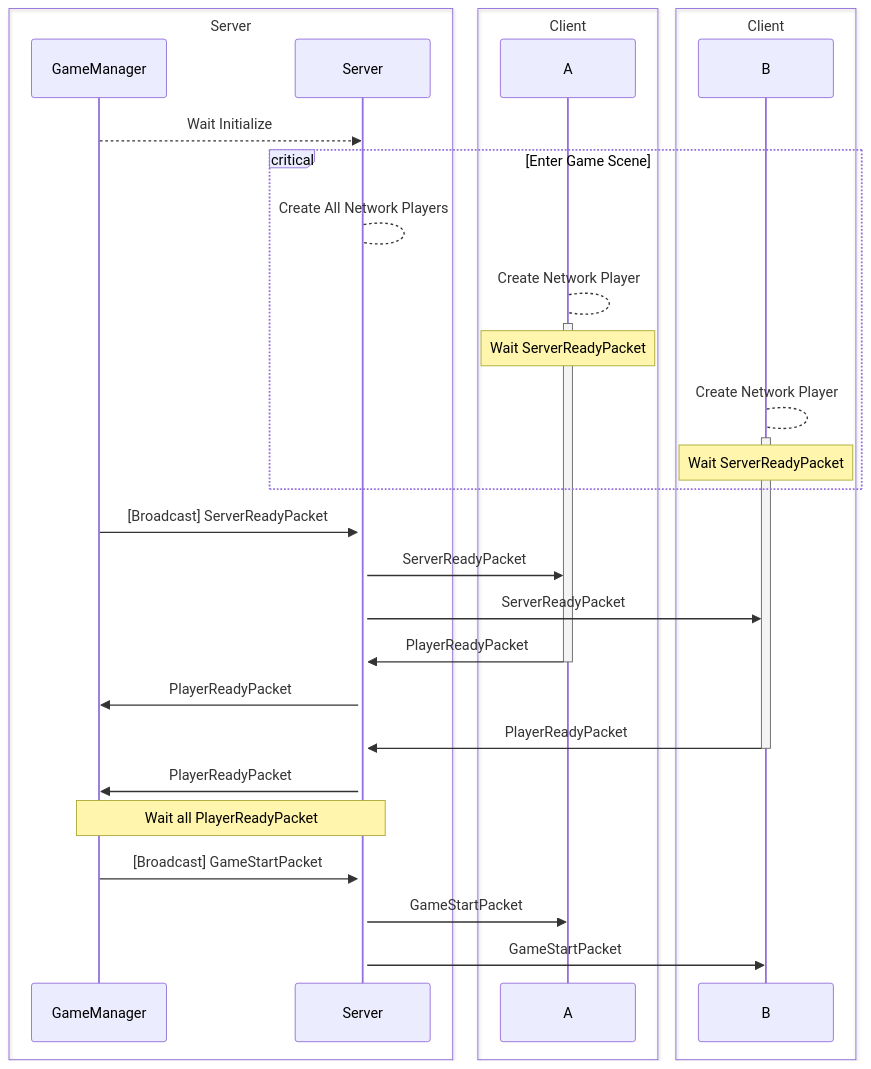
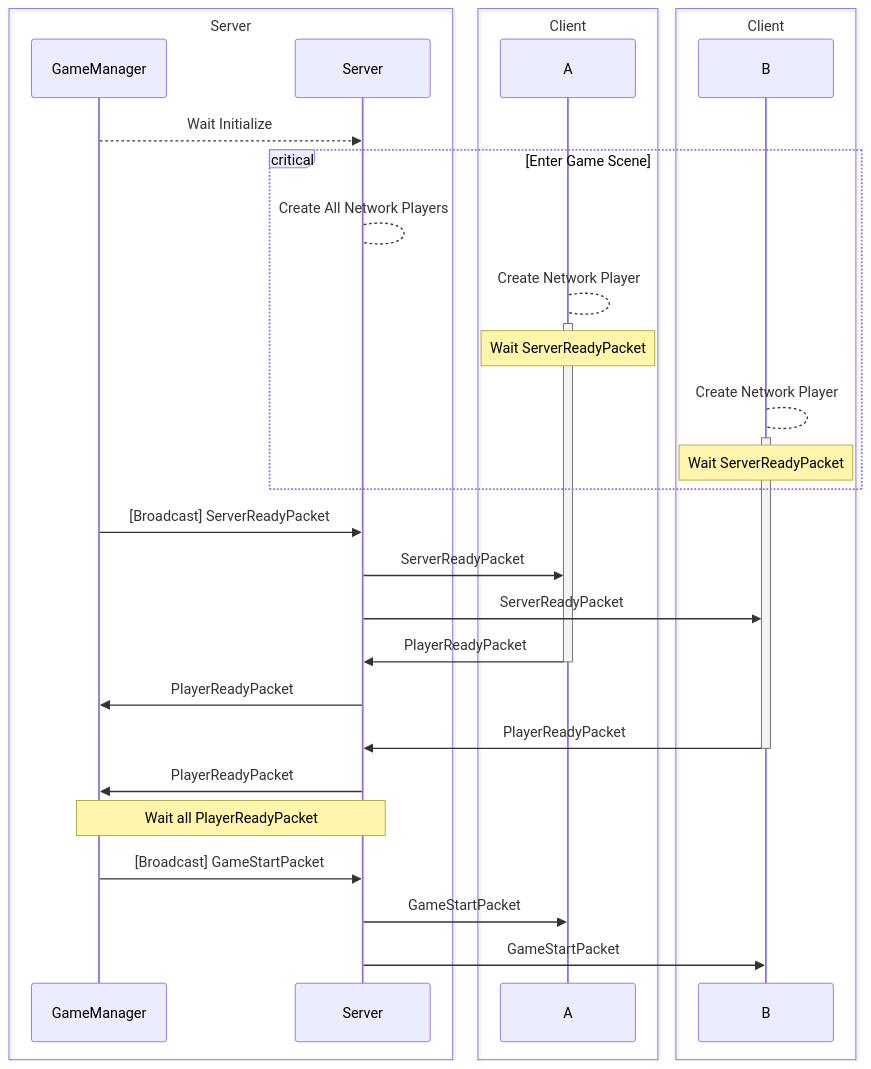
The second of 2 diagrams in README.md (JacKooDesu/TBL_Simulator), drawn with Mermaid before and after one commit. The commit also changed 8 other files, not shown here.

````diff
--- a/README.md
+++ b/README.md
@@ -27,41 +27,41 @@
 ```mermaid
 sequenceDiagram
 
 box Server
 participant M as GameManager
 participant S as Server
 end
 box Client
 participant P1 as A
 end
 box Client
 participant P2 as B
 end
 
 M -->> S: Wait Initialize
 
 critical Enter Game Scene
-S --> +S: Create All Network Players
+S --> S: Create All Network Players
 P1 --> +P1: Create Network Player
 Note over P1: Wait ServerReadyPacket
 P2 --> +P2: Create Network Player
 Note over P2: Wait ServerReadyPacket
 end
 
 M ->> S: [Broadcast] ServerReadyPacket
 S ->> P1: ServerReadyPacket
 S ->> P2: ServerReadyPacket
 
 P1 ->> -S: PlayerReadyPacket
 S ->> M: PlayerReadyPacket
 
 P2 ->> -S: PlayerReadyPacket
 S ->> M: PlayerReadyPacket
 
 Note over S,M: Wait all PlayerReadyPacket
 
 M ->> S: [Broadcast] GameStartPacket
 S ->> P1: GameStartPacket
 S ->> P2: GameStartPacket
 
 ```
````
